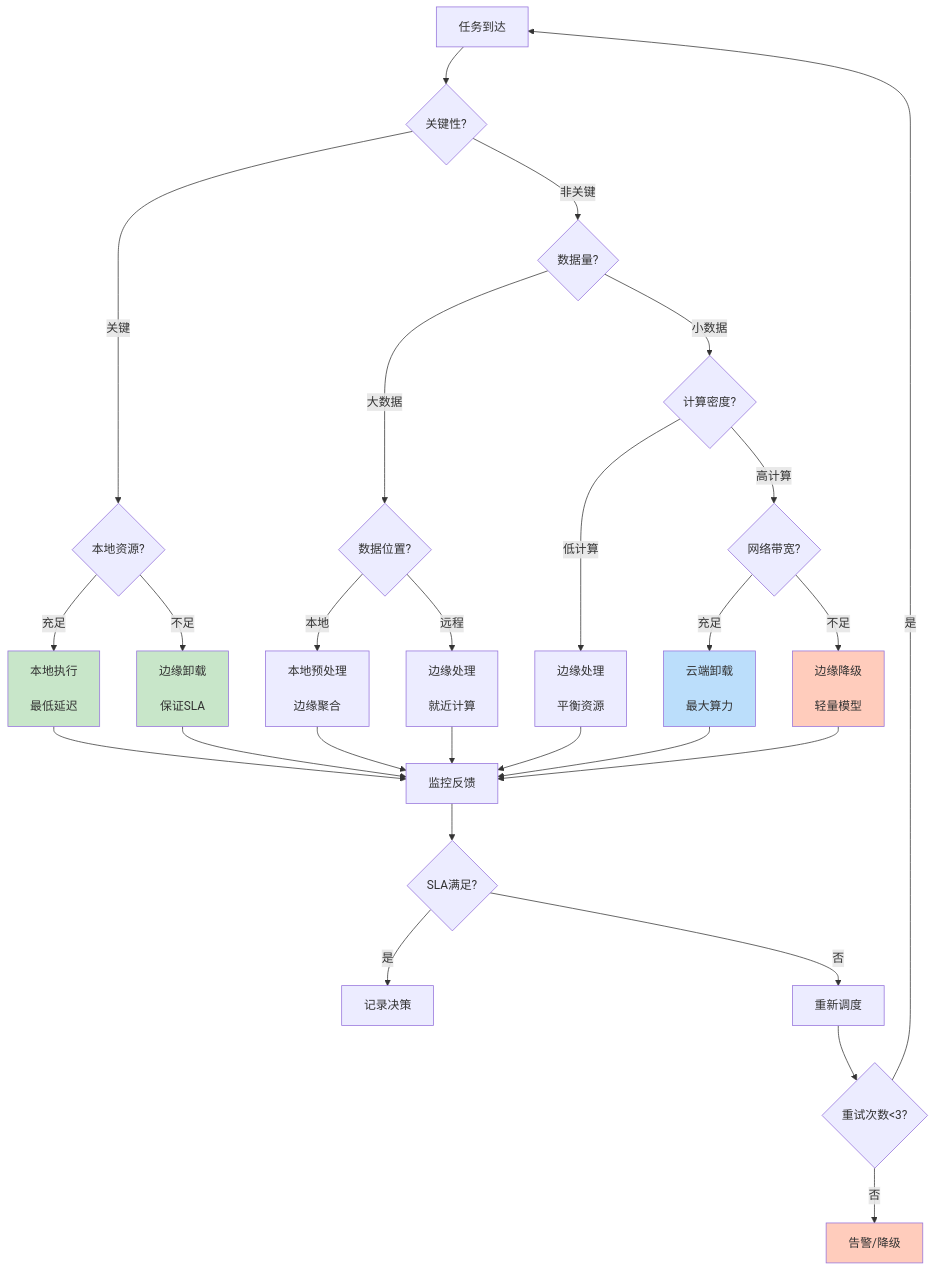
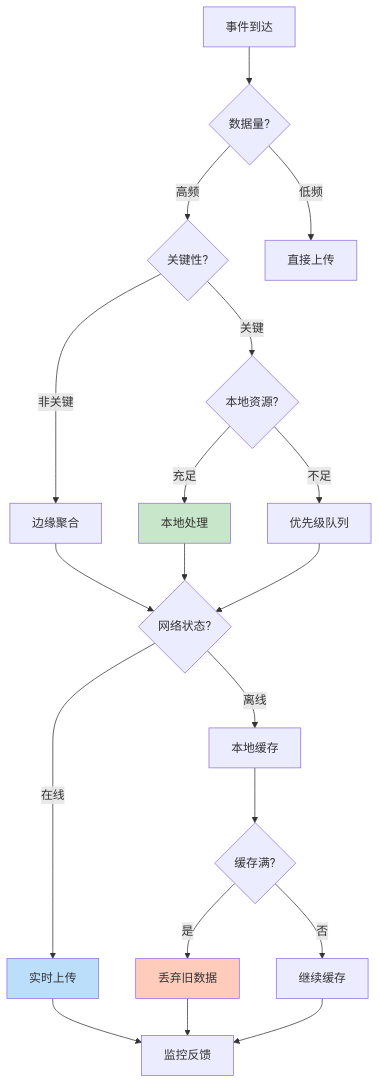
Before and after one commit to AdaMartin18010/AnalysisDataFlow: the fourth of 5 diagrams in Knowledge/06-frontier/edge-streaming-patterns.md, drawn with Mermaid. The commit also changed other lines of this file and 20 other files, not shown here.

````diff
--- a/Knowledge/06-frontier/edge-streaming-patterns.md
+++ b/Knowledge/06-frontier/edge-streaming-patterns.md
@@ -926,51 +852,32 @@
 ```mermaid
 flowchart TD
-    A[任务到达] --> B{关键性?}
+    A[事件到达] --> B{数据量?}
 
-    B -->|关键| C{本地资源?}
-    B -->|非关键| D{数据量?}
+    B -->|高频| C{关键性?}
+    B -->|低频| D[直接上传]
 
-    C -->|充足| E[本地执行
-    <br/>最低延迟]
-    C -->|不足| F[边缘卸载
-    <br/>保证SLA]
+    C -->|关键| E{本地资源?}
+    C -->|非关键| F[边缘聚合]
 
-    D -->|大数据| G{数据位置?}
-    D -->|小数据| H{计算密度?}
+    E -->|充足| G[本地处理]
+    E -->|不足| H[优先级队列]
 
-    G -->|本地| I[本地预处理
-    <br/>边缘聚合]
-    G -->|远程| J[边缘处理
-    <br/>就近计算]
+    F --> I{网络状态?}
+    G --> I
+    H --> I
 
-    H -->|高计算| K{网络带宽?}
-    H -->|低计算| L[边缘处理
-    <br/>平衡资源]
+    I -->|在线| J[实时上传]
+    I -->|离线| K[本地缓存]
 
-    K -->|充足| M[云端卸载
-    <br/>最大算力]
-    K -->|不足| N[边缘降级
-    <br/>轻量模型]
+    K --> L{缓存满?}
+    L -->|是| M[丢弃旧数据]
+    L -->|否| N[继续缓存]
 
-    E --> O[监控反馈]
-    F --> O
-    I --> O
-    J --> O
-    L --> O
+    J --> O[监控反馈]
     M --> O
     N --> O
 
-    O --> P{SLA满足?}
-    P -->|是| Q[记录决策]
-    P -->|否| R[重新调度]
-
-    R --> S{重试次数<3?}
-    S -->|是| A
-    S -->|否| T[告警/降级]
-
-    style E fill:#c8e6c9
-    style F fill:#c8e6c9
-    style M fill:#bbdefb
-    style N fill:#ffccbc
-    style T fill:#ffccbc
+    style G fill:#c8e6c9
+    style J fill:#bbdefb
+    style M fill:#ffccbc
 ```
````
